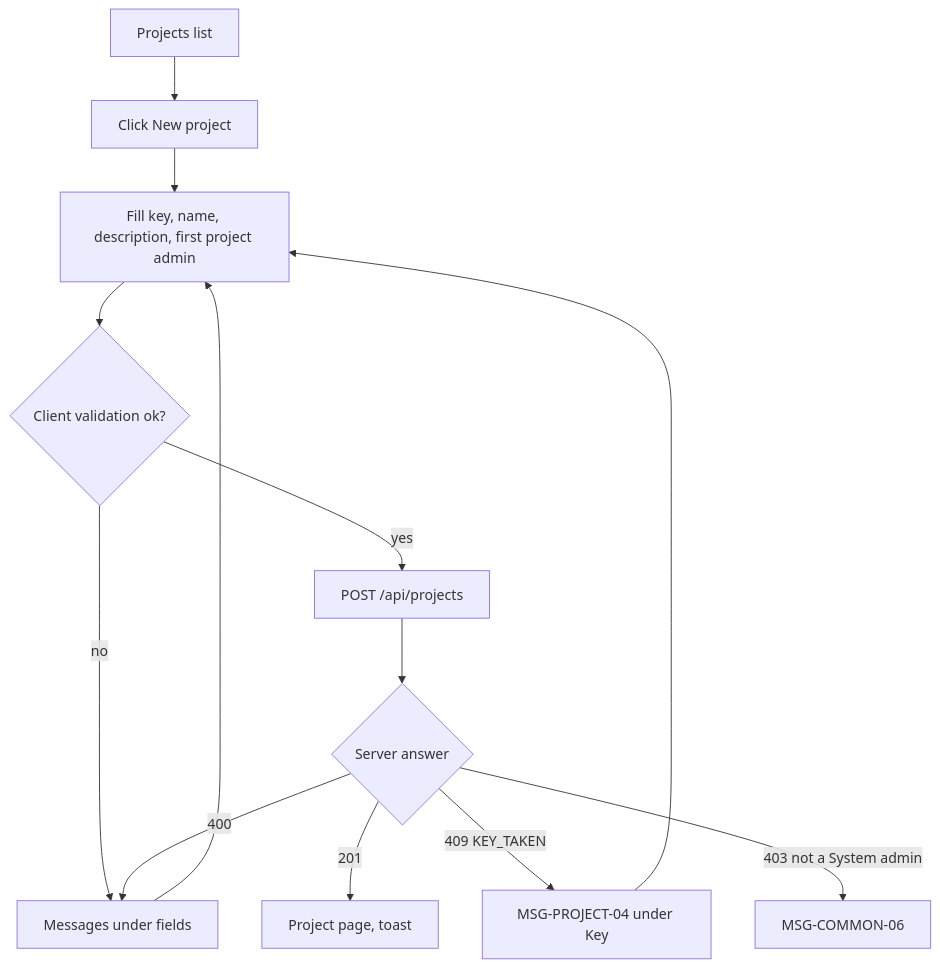
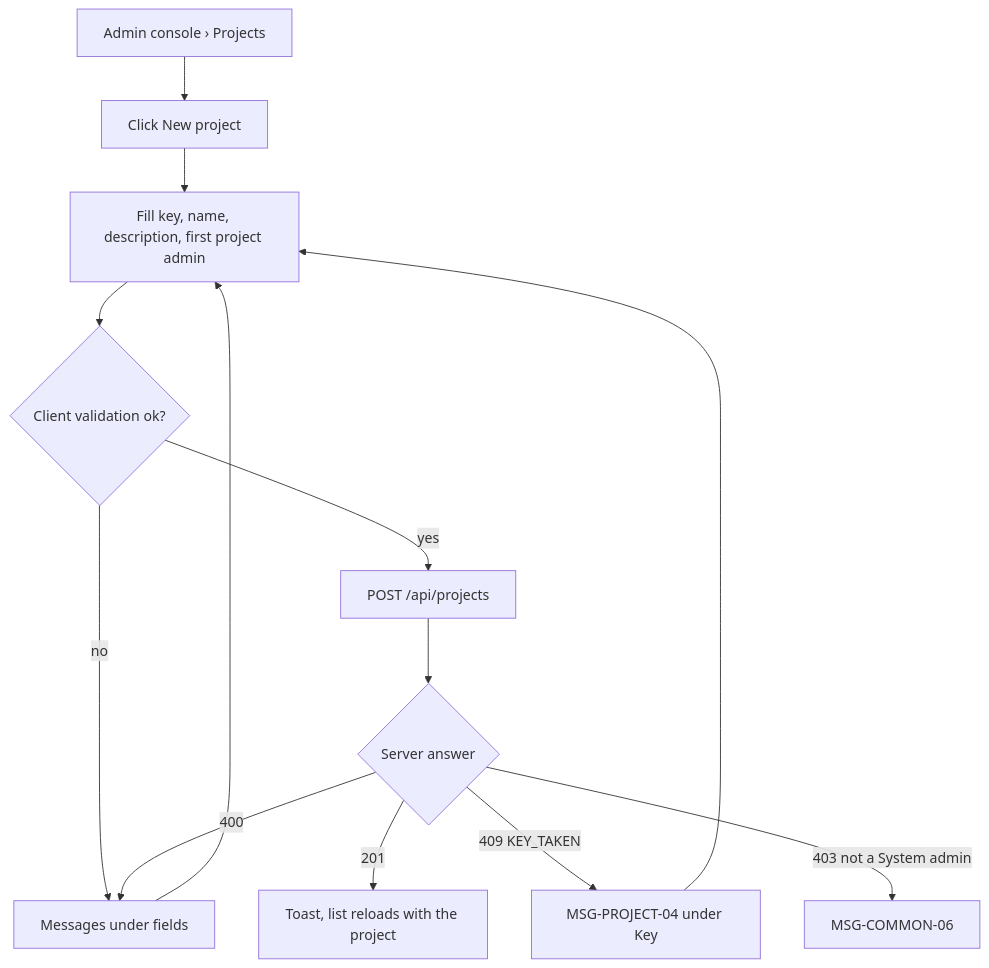
Before and after one commit to RITA-CHANN/qa-work-management: the diagram in docs/design/basic/flows/FLW-PROJECT-01-create-project.md, drawn with Mermaid. The commit also changed other lines of this file and 49 other files, not shown here.

First line of the commit message:
docs: Guest access, workspace settings and admin project endpoints; Guest sees no hidden release data

````diff
--- a/docs/design/basic/flows/FLW-PROJECT-01-create-project.md
+++ b/docs/design/basic/flows/FLW-PROJECT-01-create-project.md
@@ -62,13 +63,13 @@
 ```mermaid
 flowchart TD
-    A[Projects list] --> B[Click New project]
+    A[Admin console › Projects] --> B[Click New project]
     B --> C[Fill key, name, description, first project admin]
     C --> D{Client validation ok?}
     D -- no --> E[Messages under fields] --> C
     D -- yes --> F[POST /api/projects]
     F --> G{Server answer}
-    G -- 201 --> H[Project page, toast]
+    G -- 201 --> H[Toast, list reloads with the project]
     G -- 409 KEY_TAKEN --> I[MSG-PROJECT-04 under Key] --> C
     G -- 400 --> E
     G -- 403 not a System admin --> X[MSG-COMMON-06]
 ```
````
